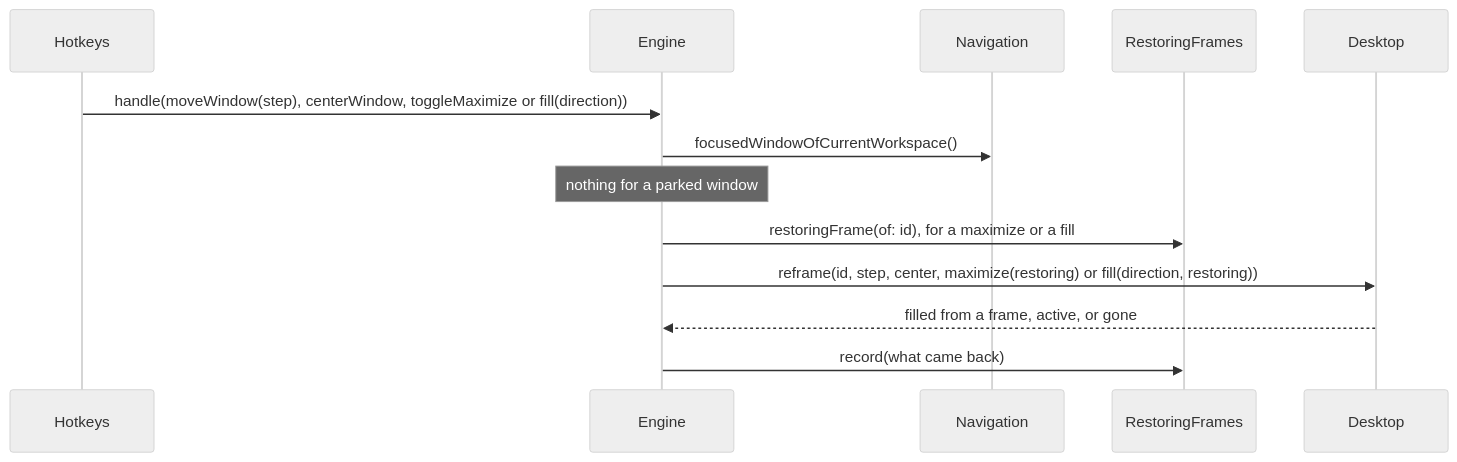
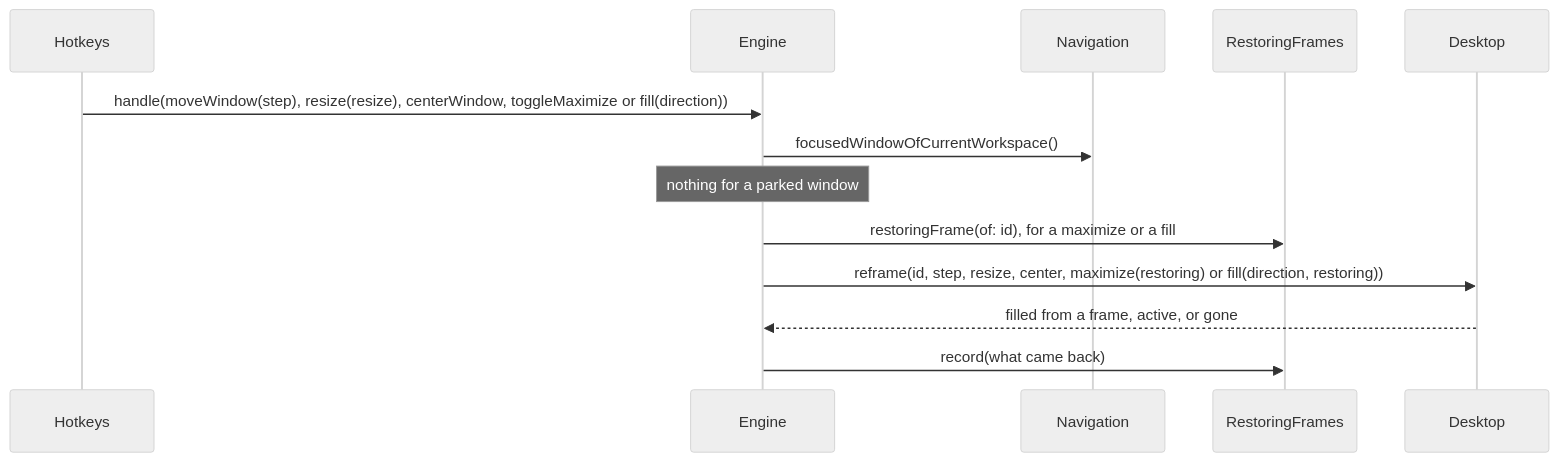
Before and after one commit to brennovich/ottowm: diagram 11 of 19 in ARCHITECTURE.md, drawn with Mermaid (neutral theme). The commit also changed other lines of this file and 16 other files, not shown here.

First line of the commit message:
Add a resize action for the focused window

````diff
--- a/ARCHITECTURE.md
+++ b/ARCHITECTURE.md
@@ -282,10 +285,10 @@
 ```mermaid
 sequenceDiagram
-    Hotkeys->>Engine: handle(moveWindow(step), centerWindow, toggleMaximize or fill(direction))
+    Hotkeys->>Engine: handle(moveWindow(step), resize(resize), centerWindow, toggleMaximize or fill(direction))
     Engine->>Navigation: focusedWindowOfCurrentWorkspace()
     Note over Engine: nothing for a parked window
     Engine->>RestoringFrames: restoringFrame(of: id), for a maximize or a fill
-    Engine->>Desktop: reframe(id, step, center, maximize(restoring) or fill(direction, restoring))
+    Engine->>Desktop: reframe(id, step, resize, center, maximize(restoring) or fill(direction, restoring))
     Desktop-->>Engine: filled from a frame, active, or gone
     Engine->>RestoringFrames: record(what came back)
 ```
````
